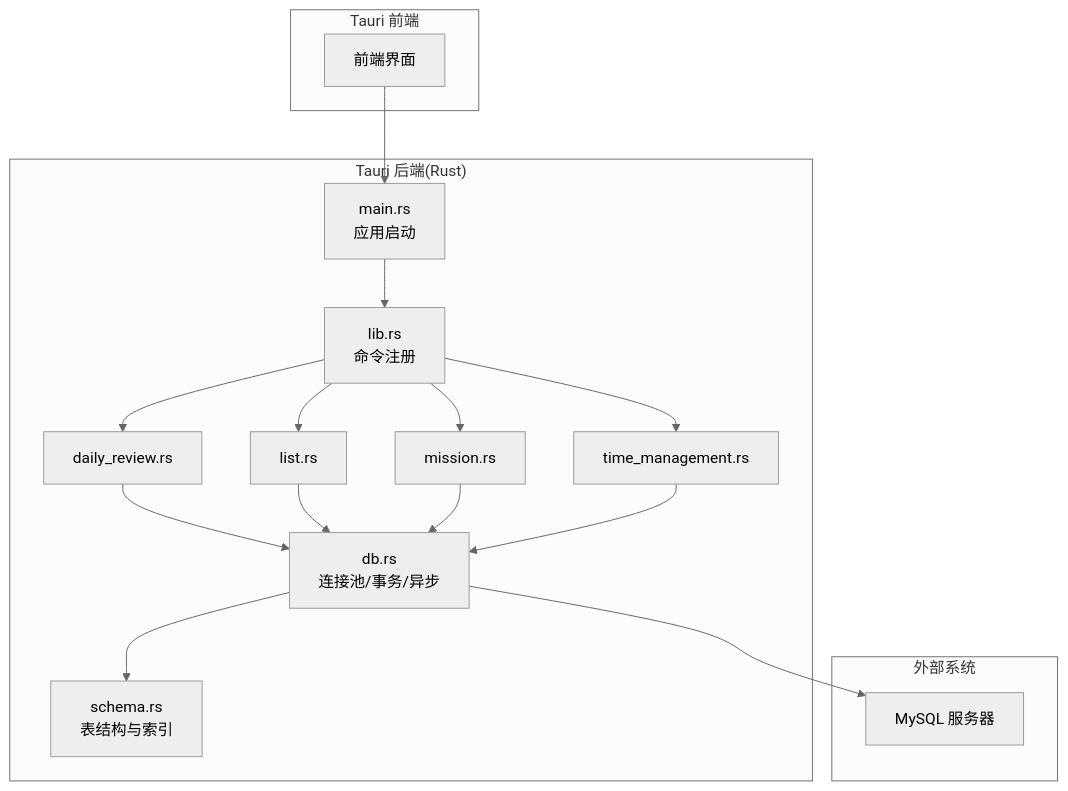
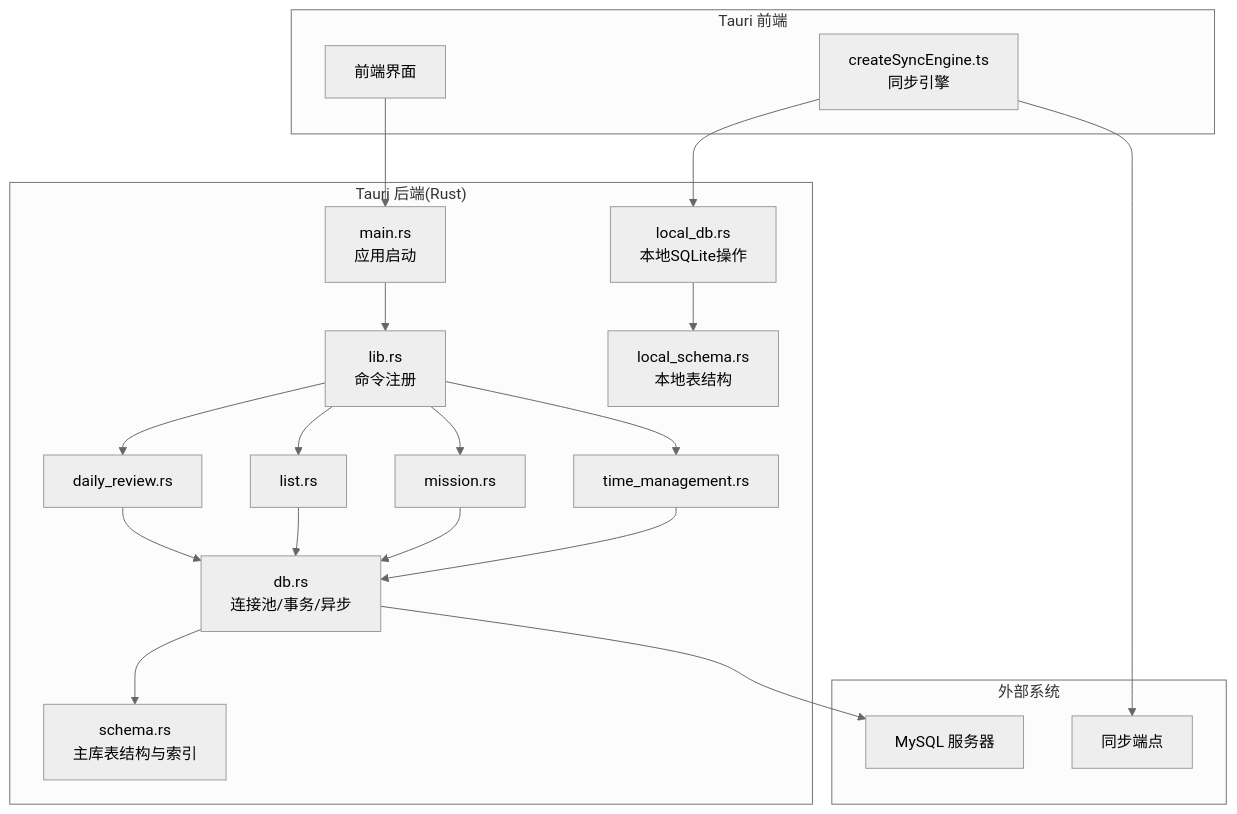
One commit to gzdxhujiale/FishWorker changed the first of 12 diagrams in .qoder/repowiki/zh/content/后端架构/数据库集成/数据库集成.md. Above: the diagram before and after it, drawn with Mermaid (neutral theme). The commit also changed other lines of this file and 19 other files, not shown here.

````diff
--- a/.qoder/repowiki/zh/content/后端架构/数据库集成/数据库集成.md
+++ b/.qoder/repowiki/zh/content/后端架构/数据库集成/数据库集成.md
@@ -51,31 +53,38 @@
 ```mermaid
 graph TB
 subgraph "Tauri 前端"
 FE["前端界面"]
+SYNC["createSyncEngine.ts<br/>同步引擎"]
 end
 subgraph "Tauri 后端(Rust)"
 MAIN["main.rs<br/>应用启动"]
 LIB["lib.rs<br/>命令注册"]
 DB["db.rs<br/>连接池/事务/异步"]
-SCHEMA["schema.rs<br/>表结构与索引"]
+LOCAL_DB["local_db.rs<br/>本地SQLite操作"]
+LOCAL_SCHEMA["local_schema.rs<br/>本地表结构"]
+SCHEMA["schema.rs<br/>主库表结构与索引"]
 DAILY["daily_review.rs"]
 LIST["list.rs"]
 MISSION["mission.rs"]
 TIME["time_management.rs"]
 end
 subgraph "外部系统"
 MYSQL["MySQL 服务器"]
+ENDPOINT["同步端点"]
 end
 FE --> MAIN
 MAIN --> LIB
 LIB --> DAILY
 LIB --> LIST
 LIB --> MISSION
 LIB --> TIME
 DAILY --> DB
 LIST --> DB
 MISSION --> DB
 TIME --> DB
 DB --> SCHEMA
 DB --> MYSQL
+SYNC --> LOCAL_DB
+SYNC --> ENDPOINT
+LOCAL_DB --> LOCAL_SCHEMA
 ```
````
